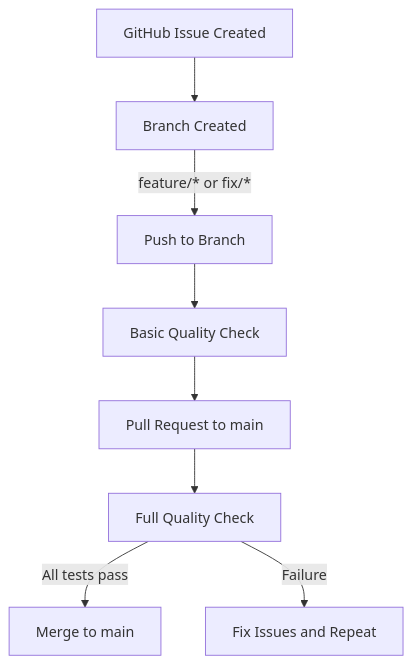
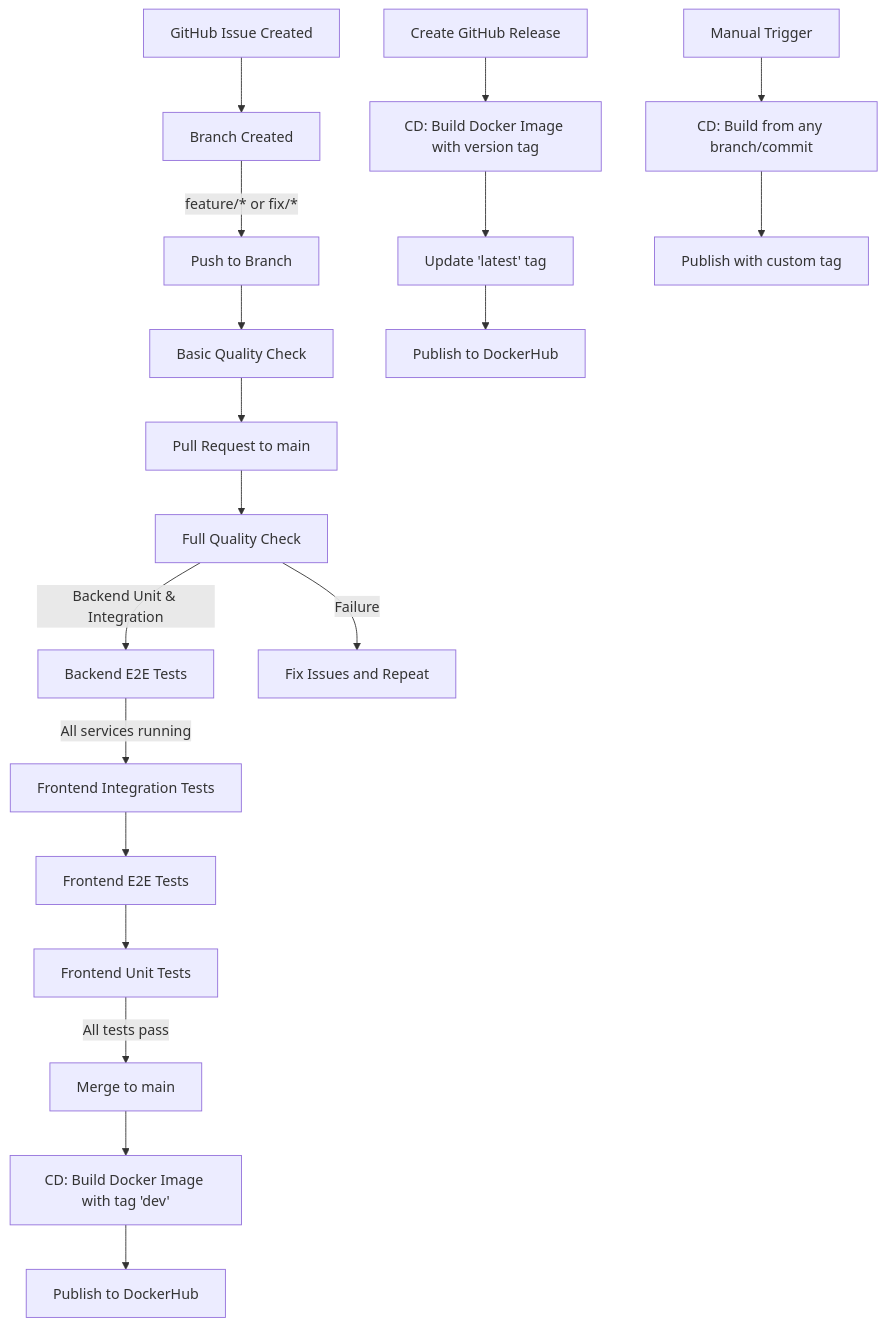
Before and after one commit to codeurjc-students/2025-sky-apartments: the diagram in docs/readme sections/devGuide.md, drawn with Mermaid. The commit also changed other lines of this file and 17 other files, not shown here.

````diff
--- a/docs/readme sections/devGuide.md
+++ b/docs/readme sections/devGuide.md
@@ -290,11 +681,23 @@
 ```mermaid
 flowchart TD
-
     A[GitHub Issue Created] --> B[Branch Created]
     B -->|feature/* or fix/*| C[Push to Branch]
     C --> D[Basic Quality Check]
     D --> E[Pull Request to main]
     E --> F[Full Quality Check]
-    F -->|All tests pass| G[Merge to main]
-    F -->|Failure| H[Fix Issues and Repeat]
+    F -->|Backend Unit & Integration| G[Backend E2E Tests]
+    G -->|All services running| H[Frontend Integration Tests]
+    H --> I[Frontend E2E Tests]
+    I --> J[Frontend Unit Tests]
+    J -->|All tests pass| K[Merge to main]
+    F -->|Failure| L[Fix Issues and Repeat]
+    K --> M[CD: Build Docker Image with tag 'dev']
+    M --> N[Publish to DockerHub]
+    
+    O[Create GitHub Release] --> P[CD: Build Docker Image with version tag]
+    P --> Q[Update 'latest' tag]
+    Q --> R[Publish to DockerHub]
+    
+    S[Manual Trigger] --> T[CD: Build from any branch/commit]
+    T --> U[Publish with custom tag]
 ```
````
